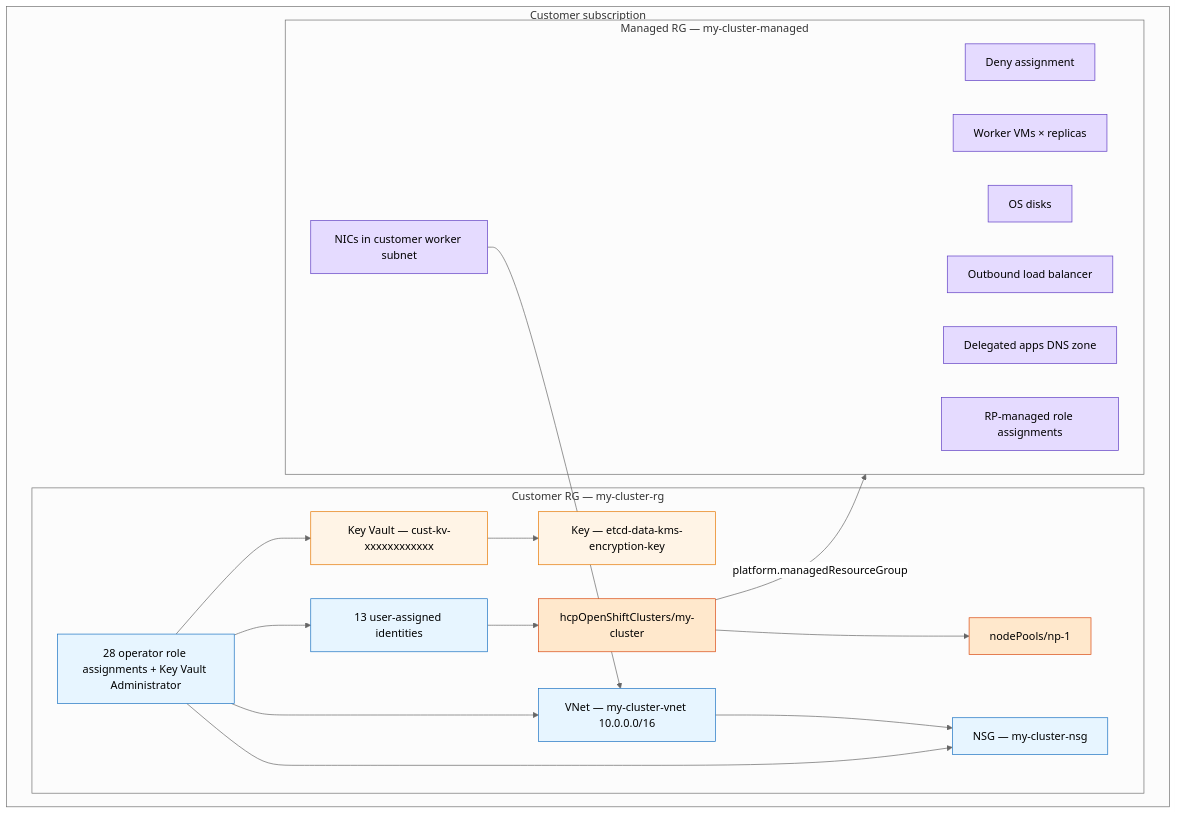
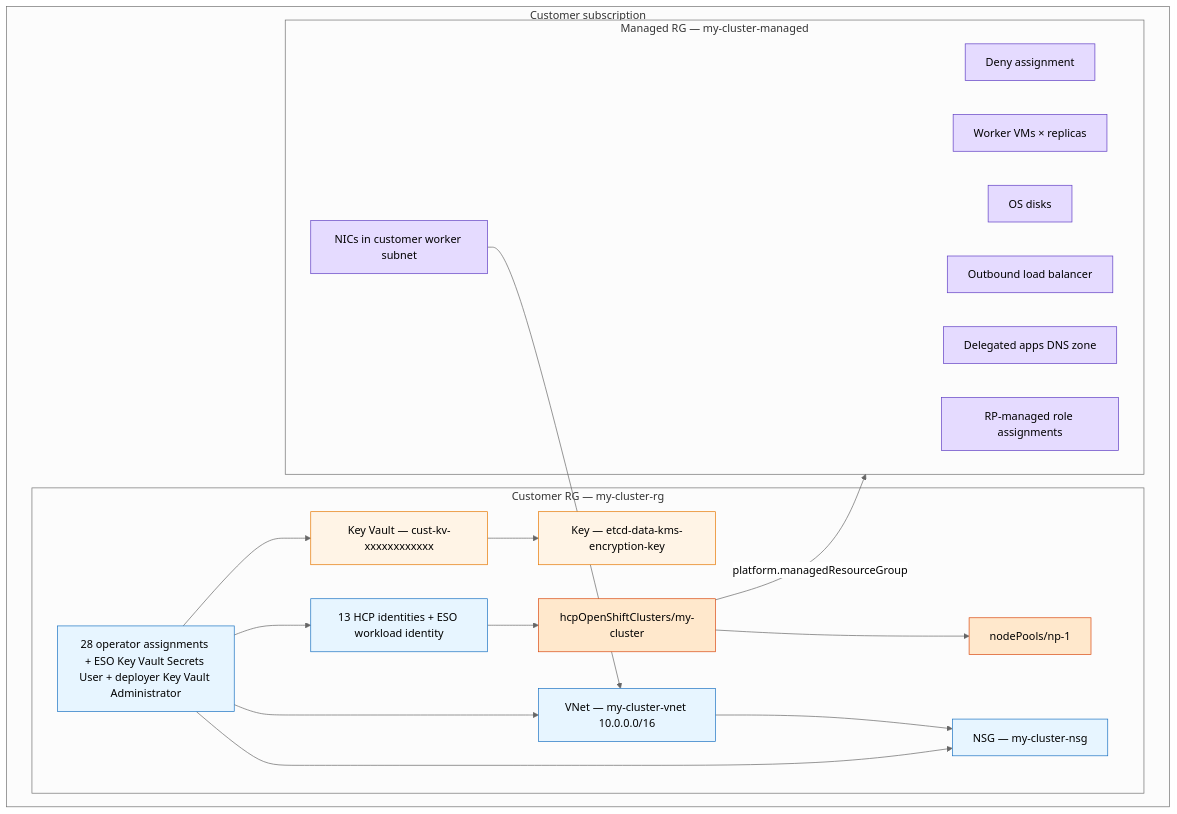
The fourth of 13 diagrams in docs/architecture.md (rh-mobb/aro-hcp), drawn with Mermaid (neutral theme) before and after one commit. The commit also changed other lines of this file and 59 other files, not shown here.

````diff
--- a/docs/architecture.md
+++ b/docs/architecture.md
@@ -264,45 +269,45 @@
 ```mermaid
 flowchart TB
     subgraph sub["Customer subscription"]
         subgraph rg["Customer RG — my-cluster-rg"]
             nsg["NSG — my-cluster-nsg"]
             vnet["VNet — my-cluster-vnet 10.0.0.0/16"]
             kv["Key Vault — cust-kv-xxxxxxxxxxxx"]
             etcdKey["Key — etcd-data-kms-encryption-key"]
-            ids["13 user-assigned identities"]
-            rbac["28 operator role assignments + Key Vault Administrator"]
+            ids["13 HCP identities + ESO workload identity"]
+            rbac["28 operator assignments + ESO Key Vault Secrets User + deployer Key Vault Administrator"]
             cluster["hcpOpenShiftClusters/my-cluster"]
             np["nodePools/np-1"]
         end
 
         subgraph mrg["Managed RG — my-cluster-managed"]
             deny["Deny assignment"]
             vms["Worker VMs × replicas"]
             disks["OS disks"]
             nics["NICs in customer worker subnet"]
             lb["Outbound load balancer"]
             dns["Delegated apps DNS zone"]
             mrgRbac["RP-managed role assignments"]
         end
     end
 
     kv --> etcdKey
     cluster --> np
     cluster -->|"platform.managedResourceGroup"| mrg
     vnet --> nsg
     nics --> vnet
     ids --> cluster
     rbac --> ids
     rbac --> vnet
     rbac --> nsg
     rbac --> kv
 
     classDef tf fill:#e7f5ff,stroke:#1971c2,color:#000
     classDef arm fill:#ffe8cc,stroke:#d9480f,color:#000
     classDef rp fill:#e5dbff,stroke:#5f3dc4,color:#000
     classDef store fill:#fff4e6,stroke:#e67700,color:#000
     class nsg,vnet,ids,rbac tf
     class kv,etcdKey store
     class cluster,np arm
     class deny,vms,disks,nics,lb,dns,mrgRbac rp
 ```
````
